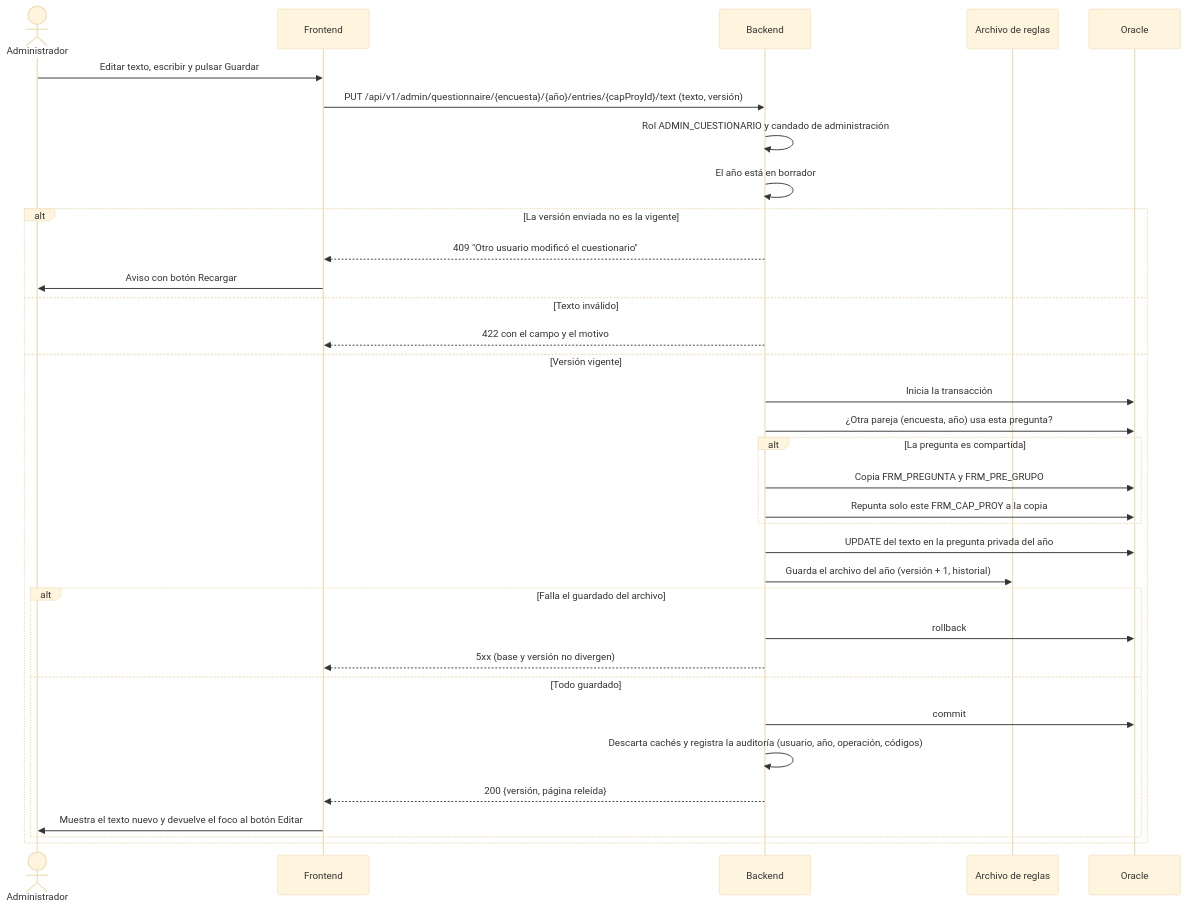
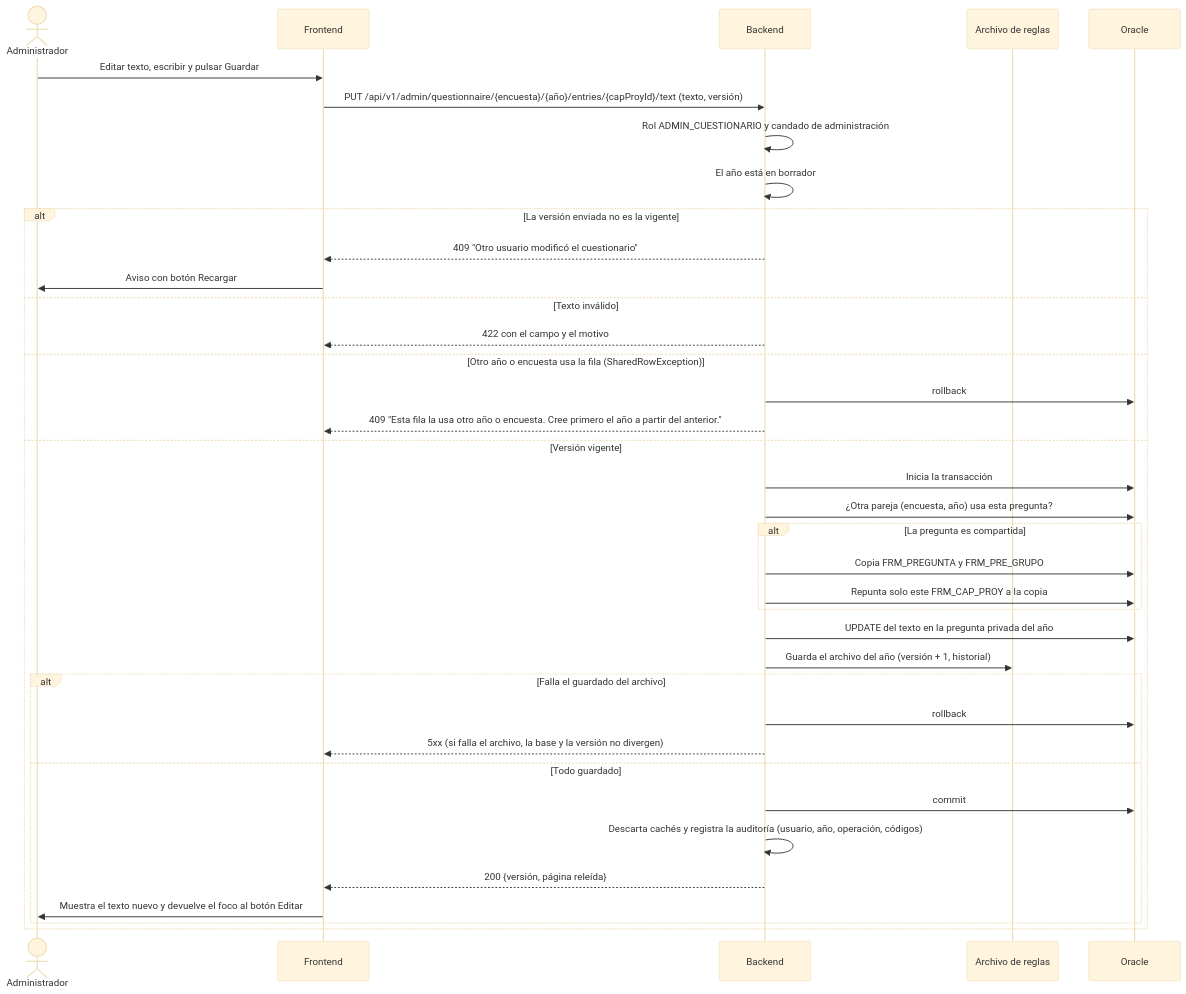
One commit to xiliosd/EDIS changed the diagram in docs/diagramas/secuencia-editar-copia-al-escribir.md. Above: the diagram before and after it, drawn with Mermaid (base theme). The commit also changed other lines of this file and 4 other files, not shown here.

````diff
--- a/docs/diagramas/secuencia-editar-copia-al-escribir.md
+++ b/docs/diagramas/secuencia-editar-copia-al-escribir.md
@@ -6,36 +6,39 @@
 ```mermaid
 sequenceDiagram
     actor A as Administrador
     participant F as Frontend
     participant B as Backend
     participant R as Archivo de reglas
     participant O as Oracle
     A->>F: Editar texto, escribir y pulsar Guardar
     F->>B: PUT /api/v1/admin/questionnaire/{encuesta}/{año}/entries/{capProyId}/text (texto, versión)
     B->>B: Rol ADMIN_CUESTIONARIO y candado de administración
     B->>B: El año está en borrador
     alt La versión enviada no es la vigente
         B-->>F: 409 "Otro usuario modificó el cuestionario"
         F->>A: Aviso con botón Recargar
     else Texto inválido
         B-->>F: 422 con el campo y el motivo
+    else Otro año o encuesta usa la fila (SharedRowException)
+        B->>O: rollback
+        B-->>F: 409 "Esta fila la usa otro año o encuesta. Cree primero el año a partir del anterior."
     else Versión vigente
         B->>O: Inicia la transacción
         B->>O: ¿Otra pareja (encuesta, año) usa esta pregunta?
         alt La pregunta es compartida
             B->>O: Copia FRM_PREGUNTA y FRM_PRE_GRUPO
             B->>O: Repunta solo este FRM_CAP_PROY a la copia
         end
         B->>O: UPDATE del texto en la pregunta privada del año
         B->>R: Guarda el archivo del año (versión + 1, historial)
         alt Falla el guardado del archivo
             B->>O: rollback
-            B-->>F: 5xx (base y versión no divergen)
+            B-->>F: 5xx (si falla el archivo, la base y la versión no divergen)
         else Todo guardado
             B->>O: commit
             B->>B: Descarta cachés y registra la auditoría (usuario, año, operación, códigos)
             B-->>F: 200 {versión, página releída}
             F->>A: Muestra el texto nuevo y devuelve el foco al botón Editar
         end
     end
 ```
````
